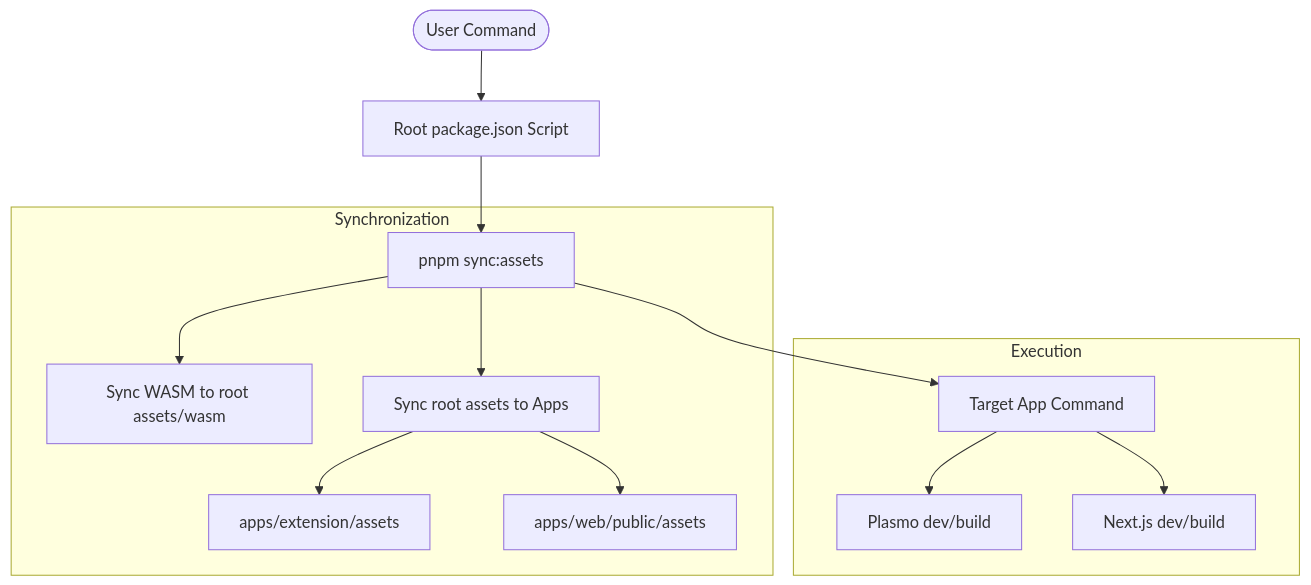
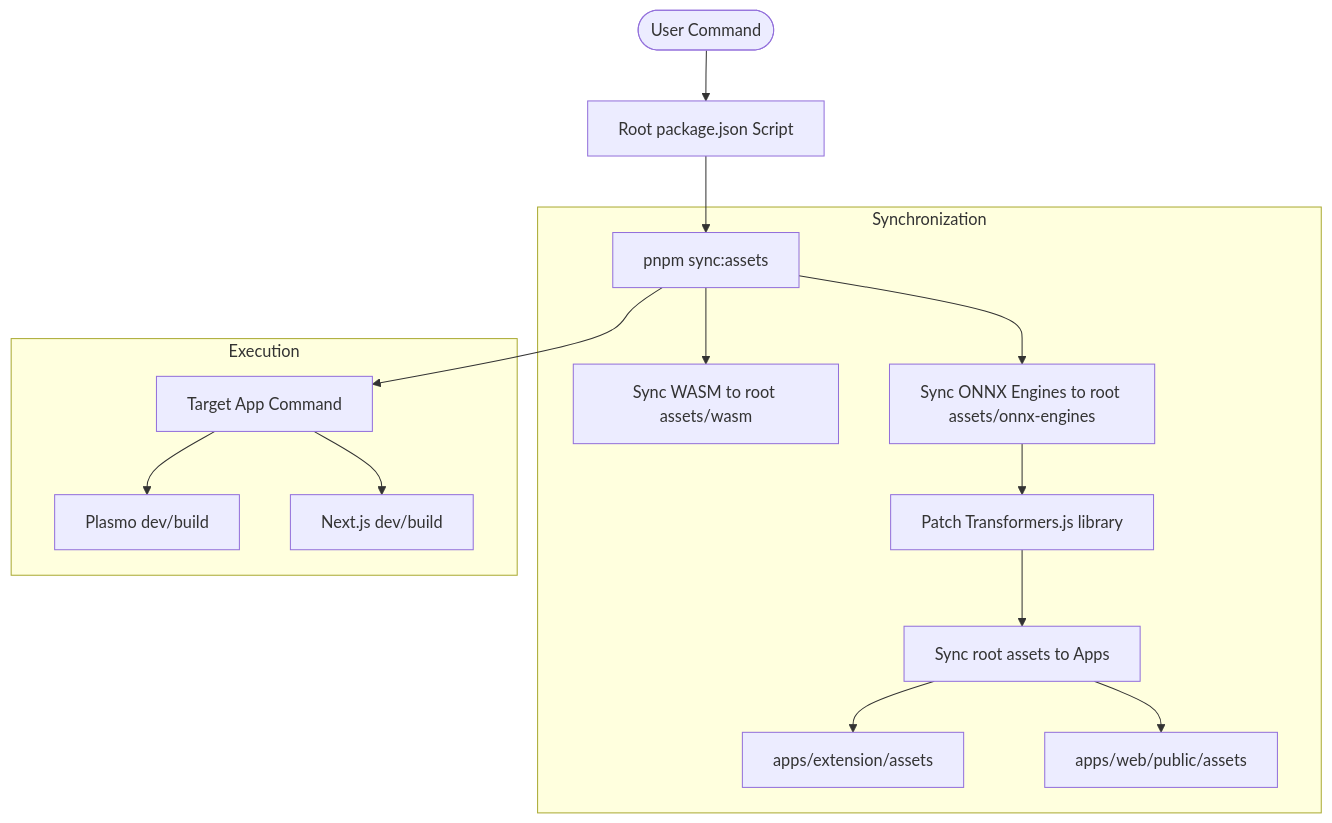
Before and after one commit to TrongAJTT/imify: the diagram in docs/START_COMMAND_FLOW.md, drawn with Mermaid. The commit also changed other lines of this file and 489 other files, not shown here.

````diff
--- a/docs/START_COMMAND_FLOW.md
+++ b/docs/START_COMMAND_FLOW.md
@@ -28,19 +28,21 @@
 ```mermaid
 flowchart TD
   User([User Command]) --> Root[Root package.json Script]
   Root --> Sync[pnpm sync:assets]
   
   subgraph Synchronization
     Sync --> WASM[Sync WASM to root assets/wasm]
-    Sync --> Features[Sync root assets to Apps]
+    Sync --> ONNX[Sync ONNX Engines to root assets/onnx-engines]
+    ONNX --> Patch[Patch Transformers.js library]
+    Patch --> Features[Sync root assets to Apps]
     Features --> ExtAssets[apps/extension/assets]
     Features --> WebAssets[apps/web/public/assets]
   end
 
   Sync --> Target[Target App Command]
   
   subgraph Execution
     Target --> Ext[Plasmo dev/build]
     Target --> Web[Next.js dev/build]
   end
 ```
````
